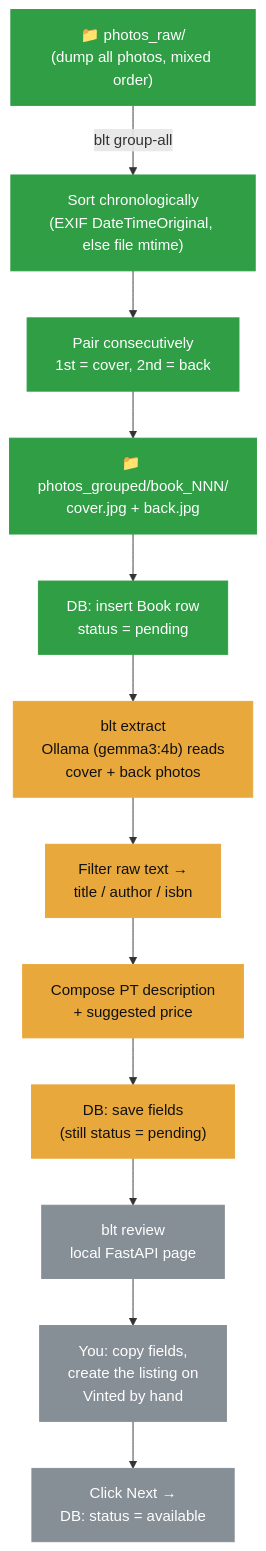
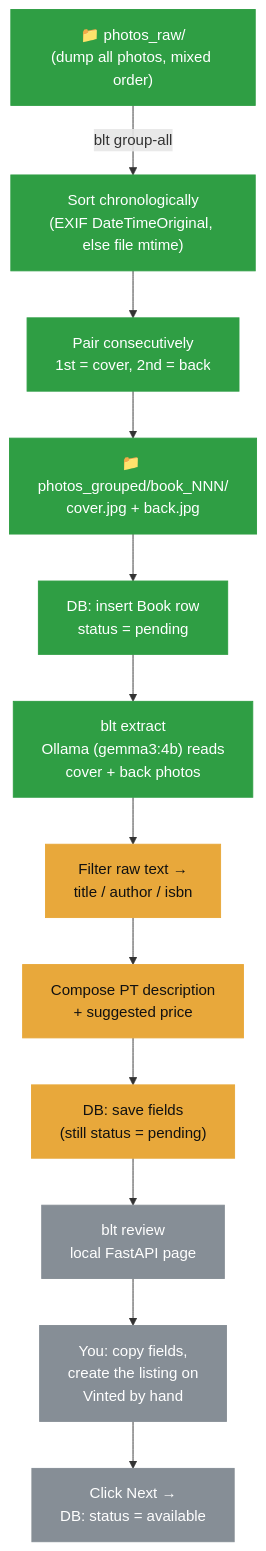
One commit to gab-es21/book-listing-automation changed the diagram in README.md. Above: the diagram before and after it, drawn with Mermaid. The commit also changed other lines of this file and 2 other files, not shown here.

Commit message:
Local vision extraction via Ollama (#3)
vision.py calls the already-running local Ollama instance (gemma3:4b) to
transcribe raw text off a book's cover and back photos - two separate
prompts (cover: general transcription; back: specifically watching for an
ISBN), returning raw text rather than structured fields (that's #4).
Connection failures/bad responses raise a clear VisionError instead of
crashing.

Tests mock requests.post (no live Ollama needed in CI) and check the
right request shape, error handling, and extract_book_text() reading both
photos in a book folder.

Live-checked against a real book cover/back photo pair: correctly
transcribed title/author/publisher, and correctly returned no ISBN rather
than hallucinating one when the back cover (an older book-club edition)
didn't have a clean barcode visible.

````diff
--- a/README.md
+++ b/README.md
@@ -13,24 +13,24 @@
 ```mermaid
 flowchart TD
     A["📁 photos_raw/\n(dump all photos, mixed order)"] -->|"blt group-all"| B["Sort chronologically\n(EXIF DateTimeOriginal, else file mtime)"]
     B --> C["Pair consecutively\n1st = cover, 2nd = back"]
     C --> D["📁 photos_grouped/book_NNN/\ncover.jpg + back.jpg"]
     D --> E["DB: insert Book row\nstatus = pending"]
 
     E --> F["blt extract\nOllama (gemma3:4b) reads\ncover + back photos"]
     F --> G["Filter raw text →\ntitle / author / isbn"]
     G --> H["Compose PT description\n+ suggested price"]
     H --> I["DB: save fields\n(still status = pending)"]
 
     I --> J["blt review\nlocal FastAPI page"]
     J --> K["You: copy fields,\ncreate the listing on\nVinted by hand"]
     K --> L["Click Next →\nDB: status = available"]
 
-    class A,B,C,D,E done
-    class F,G,H,I building
+    class A,B,C,D,E,F done
+    class G,H,I building
     class J,K,L todo
 
     classDef done fill:#2f9e44,color:#fff,stroke:#2f9e44
     classDef building fill:#e8a83b,color:#111,stroke:#e8a83b
     classDef todo fill:#868e96,color:#fff,stroke:#868e96
 ```
````
